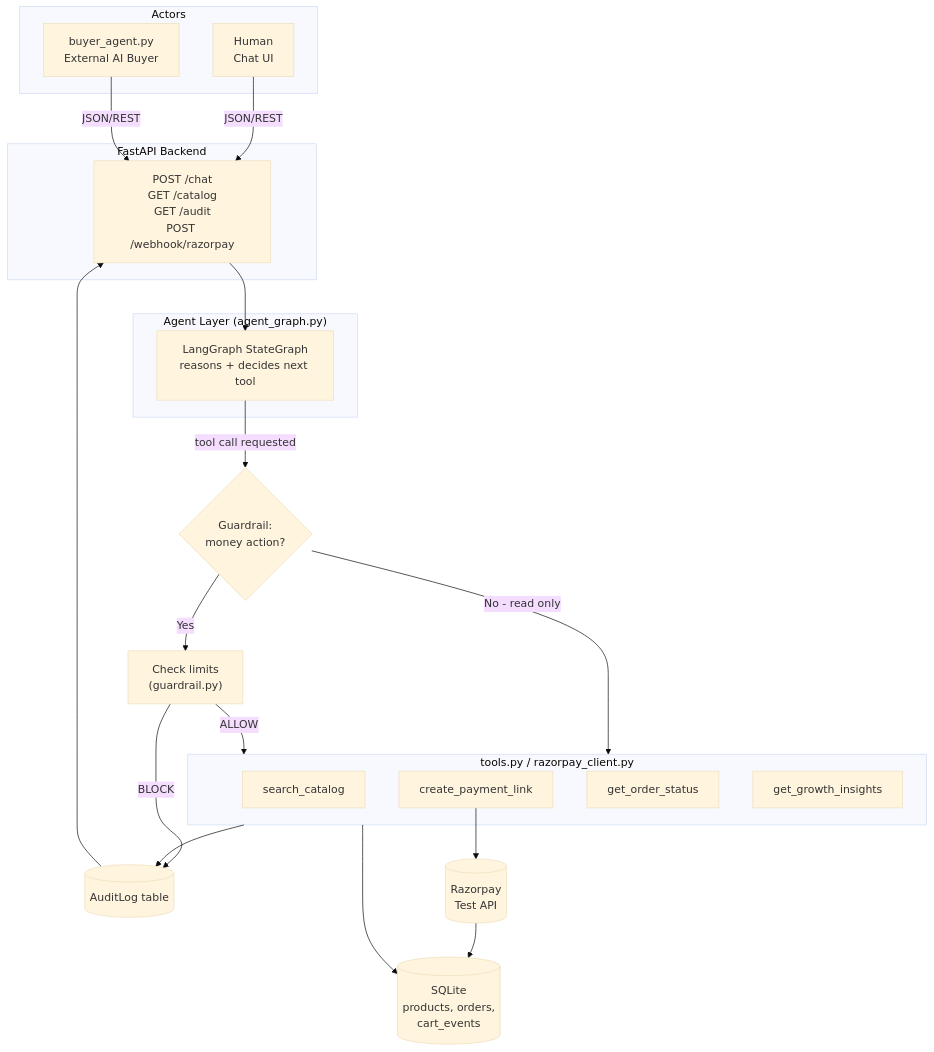
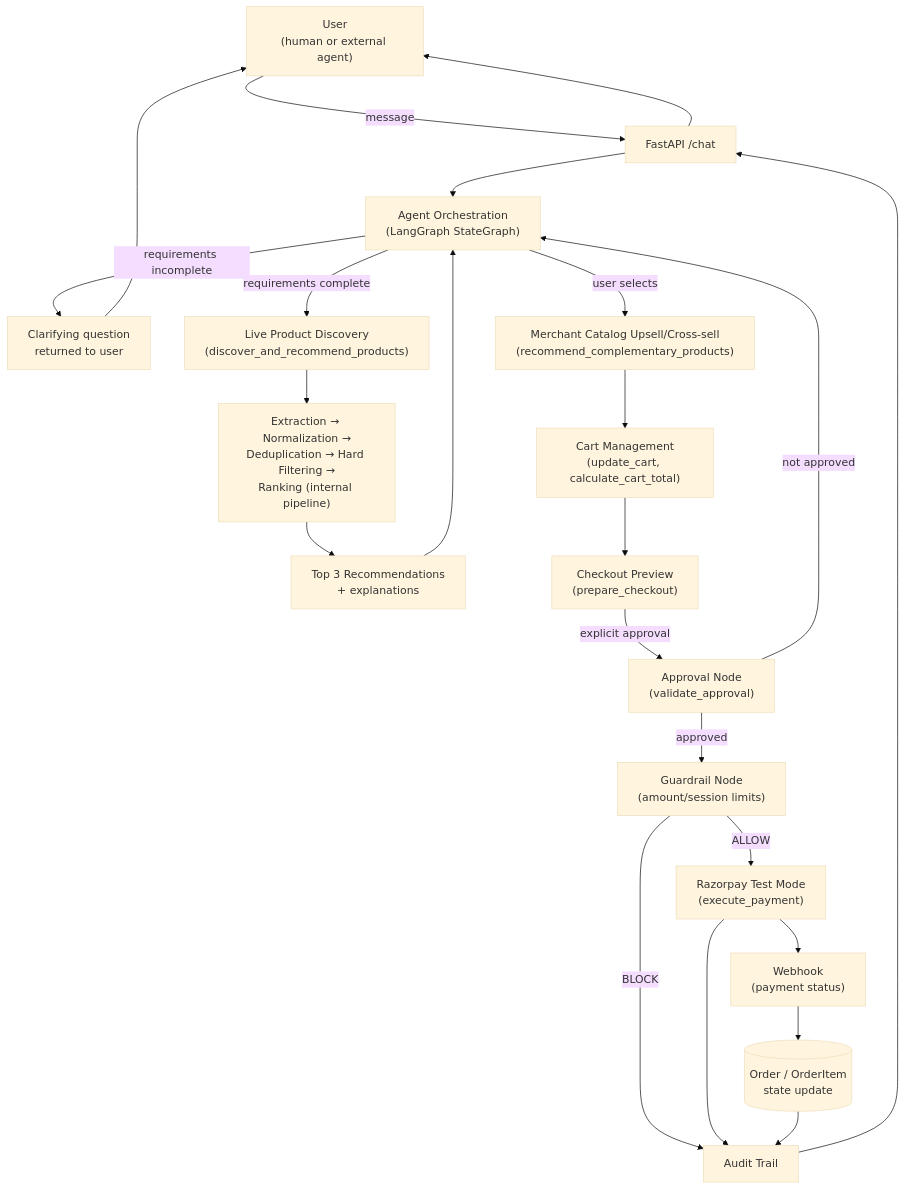
Before and after one commit to Astha64/growthmate: the second of 5 diagrams in docs/ARCHITECTURE.md, drawn with Mermaid (base theme). The commit also changed other lines of this file and 18 other files, not shown here.

````diff
--- a/docs/ARCHITECTURE.md
+++ b/docs/ARCHITECTURE.md
@@ -69,42 +114,29 @@
 ```mermaid
 flowchart TB
-    subgraph Actors
-        H["Human<br/>Chat UI"]
-        B["buyer_agent.py<br/>External AI Buyer"]
-    end
+    U["User<br/>(human or external agent)"] -->|message| API["FastAPI /chat"]
+    API --> AG["Agent Orchestration<br/>(LangGraph StateGraph)"]
 
-    H -->|JSON/REST| API
-    B -->|JSON/REST| API
+    AG -->|requirements incomplete| CLARIFY["Clarifying question<br/>returned to user"]
+    CLARIFY --> U
 
-    subgraph Backend["FastAPI Backend"]
-        API["POST /chat<br/>GET /catalog<br/>GET /audit<br/>POST /webhook/razorpay"]
-    end
+    AG -->|requirements complete| DISC["Live Product Discovery<br/>(discover_and_recommend_products)"]
+    DISC --> PIPE["Extraction → Normalization →<br/>Deduplication → Hard Filtering →<br/>Ranking (internal pipeline)"]
+    PIPE --> TOP3["Top 3 Recommendations<br/>+ explanations"]
+    TOP3 --> AG
 
-    API --> AL
+    AG -->|user selects| UPSELL["Merchant Catalog Upsell/Cross-sell<br/>(recommend_complementary_products)"]
+    UPSELL --> CART["Cart Management<br/>(update_cart, calculate_cart_total)"]
+    CART --> PREVIEW["Checkout Preview<br/>(prepare_checkout)"]
+    PREVIEW -->|explicit approval| APPROVE["Approval Node<br/>(validate_approval)"]
+    APPROVE -->|approved| GUARD["Guardrail Node<br/>(amount/session limits)"]
+    APPROVE -->|not approved| AG
 
-    subgraph AgentLayer["Agent Layer (agent_graph.py)"]
-        AL["LangGraph StateGraph<br/>reasons + decides next tool"]
-    end
-
-    AL -->|tool call requested| G{"Guardrail:<br/>money action?"}
-
-    G -->|No - read only| Tools
-    G -->|Yes| GC["Check limits<br/>(guardrail.py)"]
-
-    GC -->|ALLOW| Tools
-    GC -->|BLOCK| Audit
-
-    subgraph Tools["tools.py / razorpay_client.py"]
-        T1[search_catalog]
-        T2[create_payment_link]
-        T3[get_order_status]
-        T4[get_growth_insights]
-    end
-
-    T2 --> RZP[("Razorpay<br/>Test API")]
-    Tools --> DB[("SQLite<br/>products, orders,<br/>cart_events")]
-    RZP --> DB
-
-    Tools --> Audit[("AuditLog table")]
-    Audit --> API
+    GUARD -->|ALLOW| PAY["Razorpay Test Mode<br/>(execute_payment)"]
+    GUARD -->|BLOCK| AUDIT["Audit Trail"]
+    PAY --> WEBHOOK["Webhook<br/>(payment status)"]
+    WEBHOOK --> ORDER[("Order / OrderItem<br/>state update")]
+    PAY --> AUDIT
+    ORDER --> AUDIT
+    AUDIT --> API
+    API --> U
 ```
````
